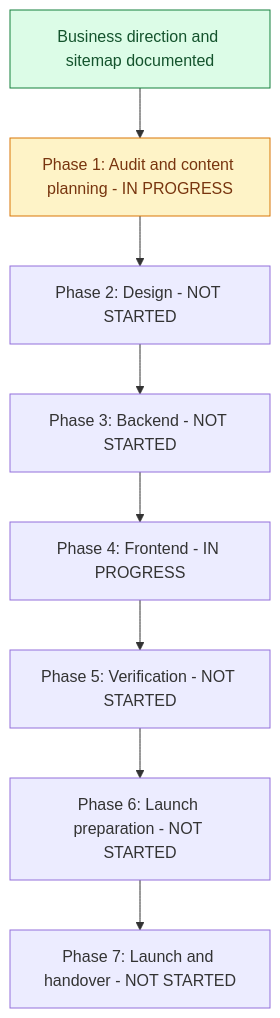
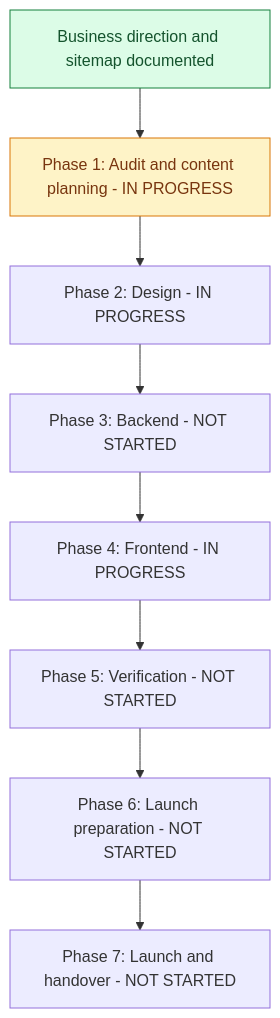
The diagram in docs/restructure-progress.md (ibugithub/Rs-Trade), drawn with Mermaid before and after one commit. The commit also changed other lines of this file and 19 other files, not shown here.

````diff
--- a/docs/restructure-progress.md
+++ b/docs/restructure-progress.md
@@ -23,12 +23,12 @@
 ```mermaid
 flowchart TD
     A[Business direction and sitemap documented] --> B[Phase 1: Audit and content planning - IN PROGRESS]
-    B --> C[Phase 2: Design - NOT STARTED]
+    B --> C[Phase 2: Design - IN PROGRESS]
     C --> D[Phase 3: Backend - NOT STARTED]
     D --> E[Phase 4: Frontend - IN PROGRESS]
     E --> F[Phase 5: Verification - NOT STARTED]
     F --> G[Phase 6: Launch preparation - NOT STARTED]
     G --> H[Phase 7: Launch and handover - NOT STARTED]
     style A fill:#dcfce7,stroke:#15803d,color:#14532d
     style B fill:#fef3c7,stroke:#d97706,color:#78350f
 ```
````
